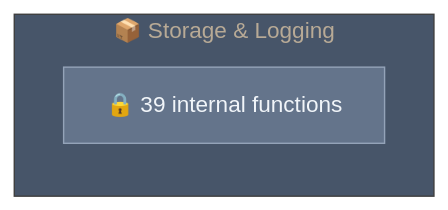
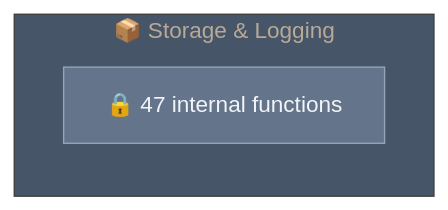
The diagram in .mikk/diagrams/capsules/packages-core-parser.mmd (Ansh-dhanani/mikk), drawn with Mermaid before and after one commit. The commit also changed 159 other files, not shown here.

```diff
--- a/.mikk/diagrams/capsules/packages-core-parser.mmd
+++ b/.mikk/diagrams/capsules/packages-core-parser.mmd
@@ -1,12 +1,12 @@
 %%{init: {"theme": "base", "themeVariables": {"primaryColor": "#1e293b", "primaryTextColor": "#e2e8f0", "lineColor": "#64748b", "secondaryColor": "#334155", "tertiaryColor": "#475569", "background": "#0f172a", "mainBkg": "#1e293b", "nodeBorder": "#475569"}}}%%
 graph LR
 
     subgraph packages_core_parser["📦 Storage & Logging"]
         direction TB
-        internal["🔒 39 internal functions"]
+        internal["🔒 47 internal functions"]
     end
 
 
     classDef publicApi fill:#22c55e,stroke:#4ade80,color:#f0fdf4
     classDef internalApi fill:#64748b,stroke:#94a3b8,color:#f1f5f9
     class internal internalApi
```
